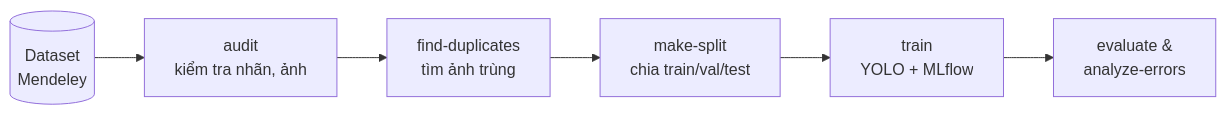
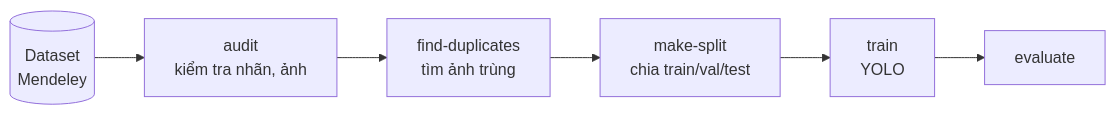
The diagram in README.md (ngocluong0101/MilitaryAndCivilianVehicles), drawn with Mermaid before and after one commit. The commit also changed other lines of this file and 45 other files, not shown here.

````diff
--- a/README.md
+++ b/README.md
@@ -13,8 +13,8 @@
 ```mermaid
 flowchart LR
     A[(Dataset<br/>Mendeley)] --> B[audit<br/>kiểm tra nhãn, ảnh]
     B --> C[find-duplicates<br/>tìm ảnh trùng]
     C --> D[make-split<br/>chia train/val/test]
-    D --> E[train<br/>YOLO + MLflow]
-    E --> F[evaluate &<br/>analyze-errors]
+    D --> E[train<br/>YOLO]
+    E --> F[evaluate]
 ```
````
